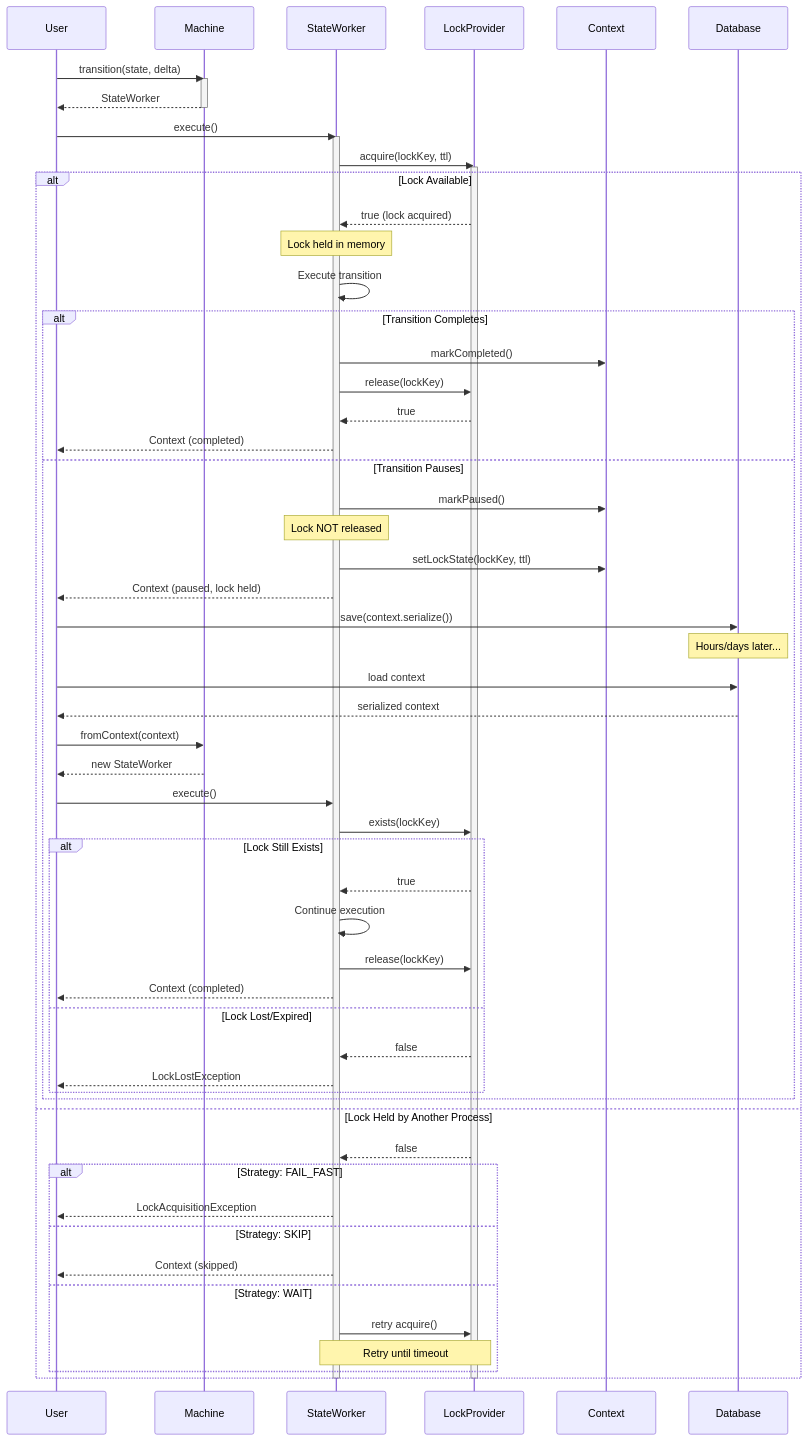
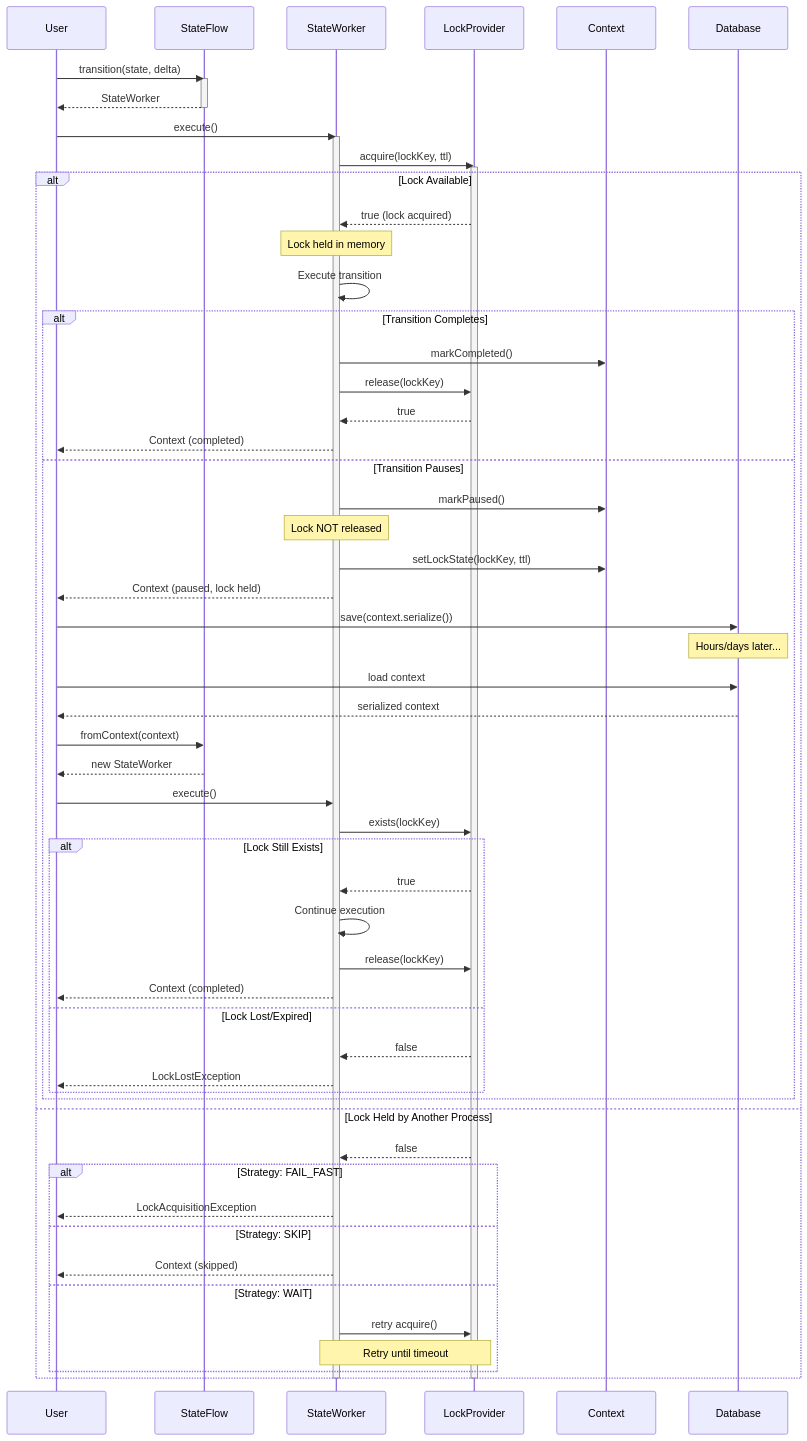
The diagram in docs/locking.md (benrowe/stateflow), drawn with Mermaid before and after one commit. The commit also changed other lines of this file and 11 other files, not shown here.

First line of the commit message:
Rename StateMachine to StateFlow

````diff
--- a/docs/locking.md
+++ b/docs/locking.md
@@ -35,72 +35,72 @@
 ```mermaid
 sequenceDiagram
     participant User
-    participant Machine
+    participant StateFlow
     participant Worker as StateWorker
     participant LockProvider
     participant Context
     participant Database
 
-    User->>Machine: transition(state, delta)
-    activate Machine
-    Machine-->>User: StateWorker
-    deactivate Machine
+    User->>StateFlow: transition(state, delta)
+    activate StateFlow
+    StateFlow-->>User: StateWorker
+    deactivate StateFlow
 
     User->>Worker: execute()
     activate Worker
 
     Worker->>LockProvider: acquire(lockKey, ttl)
     activate LockProvider
 
     alt Lock Available
         LockProvider-->>Worker: true (lock acquired)
         Note over Worker: Lock held in memory
         Worker->>Worker: Execute transition
 
         alt Transition Completes
             Worker->>Context: markCompleted()
             Worker->>LockProvider: release(lockKey)
             LockProvider-->>Worker: true
             Worker-->>User: Context (completed)
         else Transition Pauses
             Worker->>Context: markPaused()
             Note over Worker: Lock NOT released
             Worker->>Context: setLockState(lockKey, ttl)
             Worker-->>User: Context (paused, lock held)
             User->>Database: save(context.serialize())
 
             Note over Database: Hours/days later...
 
             User->>Database: load context
             Database-->>User: serialized context
-            User->>Machine: fromContext(context)
-            Machine-->>User: new StateWorker
+            User->>StateFlow: fromContext(context)
+            StateFlow-->>User: new StateWorker
             User->>Worker: execute()
 
             Worker->>LockProvider: exists(lockKey)
             alt Lock Still Exists
                 LockProvider-->>Worker: true
                 Worker->>Worker: Continue execution
                 Worker->>LockProvider: release(lockKey)
                 Worker-->>User: Context (completed)
             else Lock Lost/Expired
                 LockProvider-->>Worker: false
                 Worker-->>User: LockLostException
             end
         end
     else Lock Held by Another Process
         LockProvider-->>Worker: false
 
         alt Strategy: FAIL_FAST
             Worker-->>User: LockAcquisitionException
         else Strategy: SKIP
             Worker-->>User: Context (skipped)
         else Strategy: WAIT
             Worker->>LockProvider: retry acquire()
             Note over Worker,LockProvider: Retry until timeout
         end
     end
 
     deactivate LockProvider
     deactivate Worker
 ```
````
